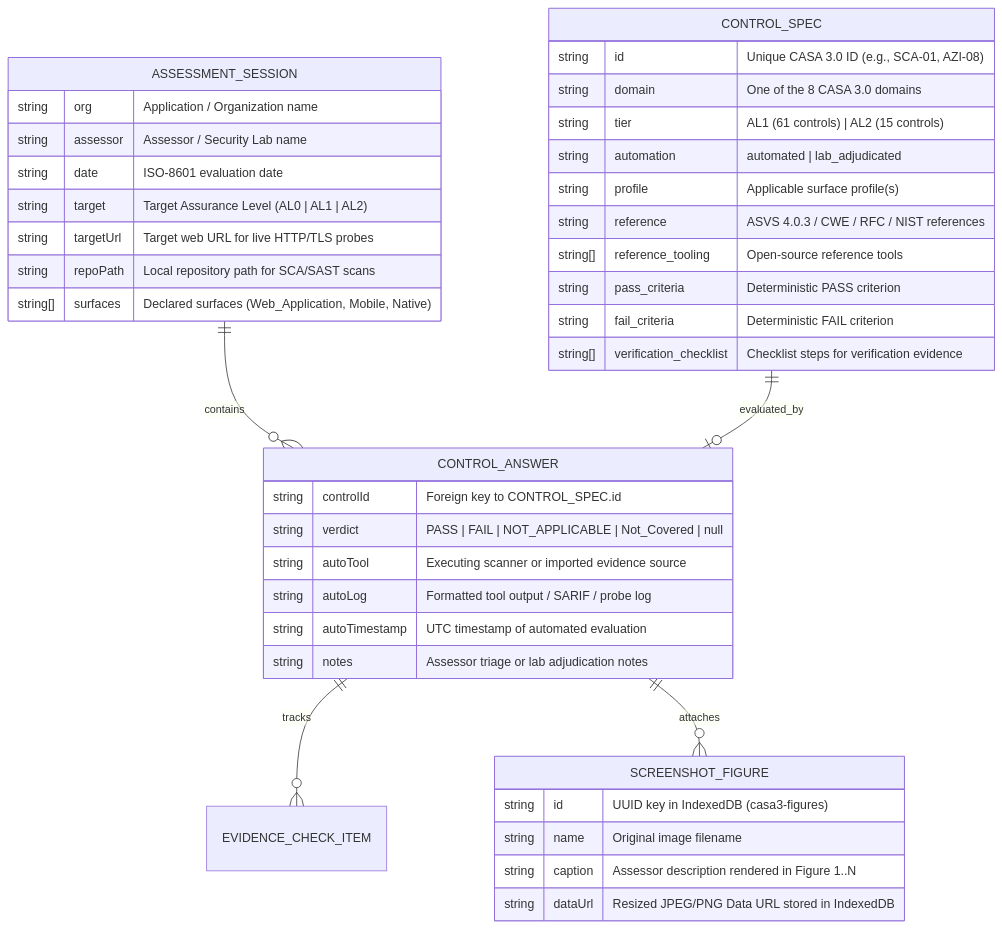
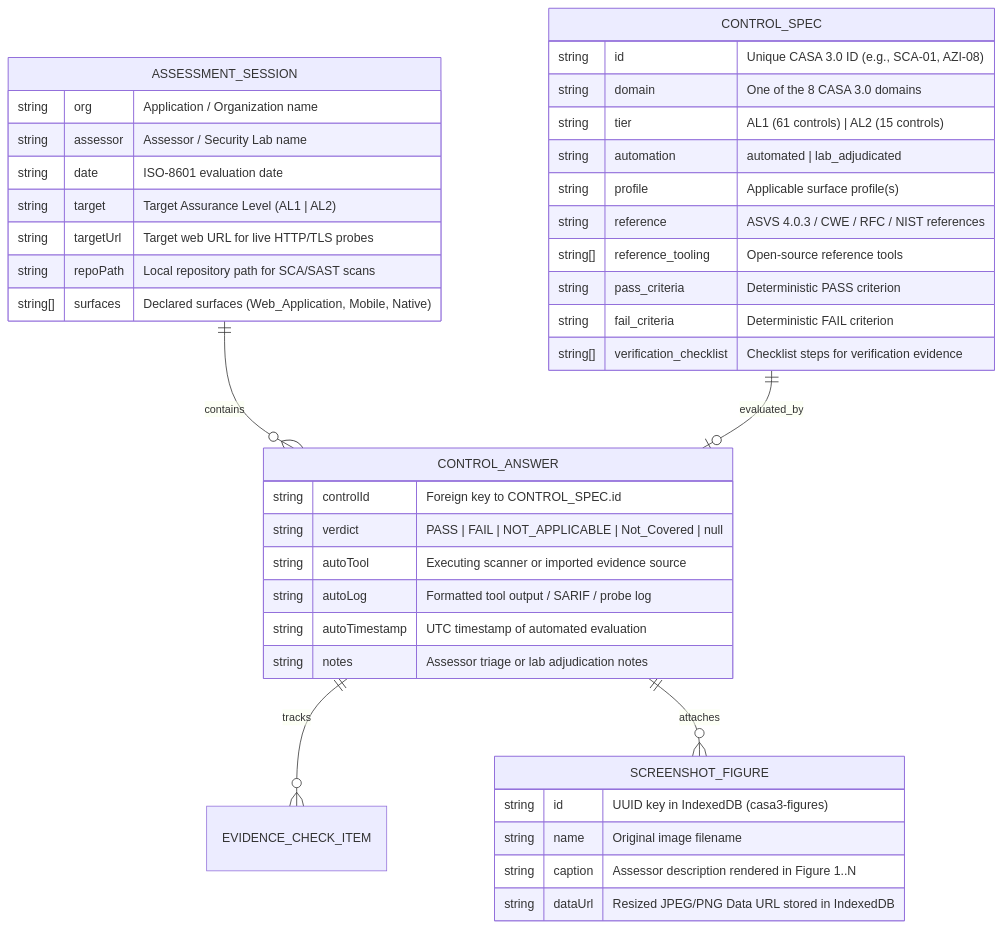
Before and after one commit to oaksan/casa: the diagram in specs/001-casa3-assessment/data-model.md, drawn with Mermaid. The commit also changed other lines of this file and 16 other files, not shown here.

````diff
--- a/specs/001-casa3-assessment/data-model.md
+++ b/specs/001-casa3-assessment/data-model.md
@@ -9,46 +9,46 @@
 ```mermaid
 erDiagram
     ASSESSMENT_SESSION ||--o{ CONTROL_ANSWER : contains
     CONTROL_SPEC ||--o| CONTROL_ANSWER : evaluated_by
     CONTROL_ANSWER ||--o{ EVIDENCE_CHECK_ITEM : tracks
     CONTROL_ANSWER ||--o{ SCREENSHOT_FIGURE : attaches
 
     ASSESSMENT_SESSION {
         string org "Application / Organization name"
         string assessor "Assessor / Security Lab name"
         string date "ISO-8601 evaluation date"
-        string target "Target Assurance Level (AL0 | AL1 | AL2)"
+        string target "Target Assurance Level (AL1 | AL2)"
         string targetUrl "Target web URL for live HTTP/TLS probes"
         string repoPath "Local repository path for SCA/SAST scans"
         string[] surfaces "Declared surfaces (Web_Application, Mobile, Native)"
     }
 
     CONTROL_SPEC {
         string id "Unique CASA 3.0 ID (e.g., SCA-01, AZI-08)"
         string domain "One of the 8 CASA 3.0 domains"
         string tier "AL1 (61 controls) | AL2 (15 controls)"
         string automation "automated | lab_adjudicated"
         string profile "Applicable surface profile(s)"
         string reference "ASVS 4.0.3 / CWE / RFC / NIST references"
         string[] reference_tooling "Open-source reference tools"
         string pass_criteria "Deterministic PASS criterion"
         string fail_criteria "Deterministic FAIL criterion"
         string[] verification_checklist "Checklist steps for verification evidence"
     }
 
     CONTROL_ANSWER {
         string controlId "Foreign key to CONTROL_SPEC.id"
         string verdict "PASS | FAIL | NOT_APPLICABLE | Not_Covered | null"
         string autoTool "Executing scanner or imported evidence source"
         string autoLog "Formatted tool output / SARIF / probe log"
         string autoTimestamp "UTC timestamp of automated evaluation"
         string notes "Assessor triage or lab adjudication notes"
     }
 
     SCREENSHOT_FIGURE {
         string id "UUID key in IndexedDB (casa3-figures)"
         string name "Original image filename"
         string caption "Assessor description rendered in Figure 1..N"
         string dataUrl "Resized JPEG/PNG Data URL stored in IndexedDB"
     }
 ```
````
